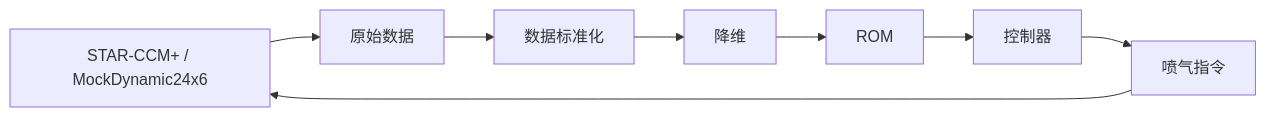
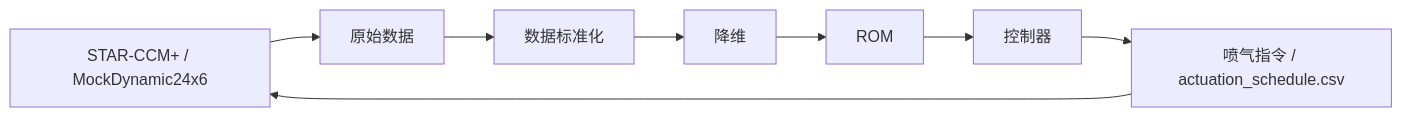
The diagram in docs/week2/B01_我现在的系统图.md (Bccccccs/generic_automation_v27_NS_RL100_PF_RULE_2), drawn with Mermaid before and after one commit. The commit also changed other lines of this file, not shown here.

Commit message:
docs: clarify flow control system dimensions

````diff
--- a/docs/week2/B01_我现在的系统图.md
+++ b/docs/week2/B01_我现在的系统图.md
@@ -6,10 +8,10 @@
 ```mermaid
 flowchart LR
     A["STAR-CCM+ / MockDynamic24x6"] --> B["原始数据"]
     B --> C["数据标准化"]
     C --> D["降维"]
     D --> E["ROM"]
     E --> F["控制器"]
-    F --> G["喷气指令"]
+    F --> G["喷气指令 / actuation_schedule.csv"]
     G --> A
 ```
````
